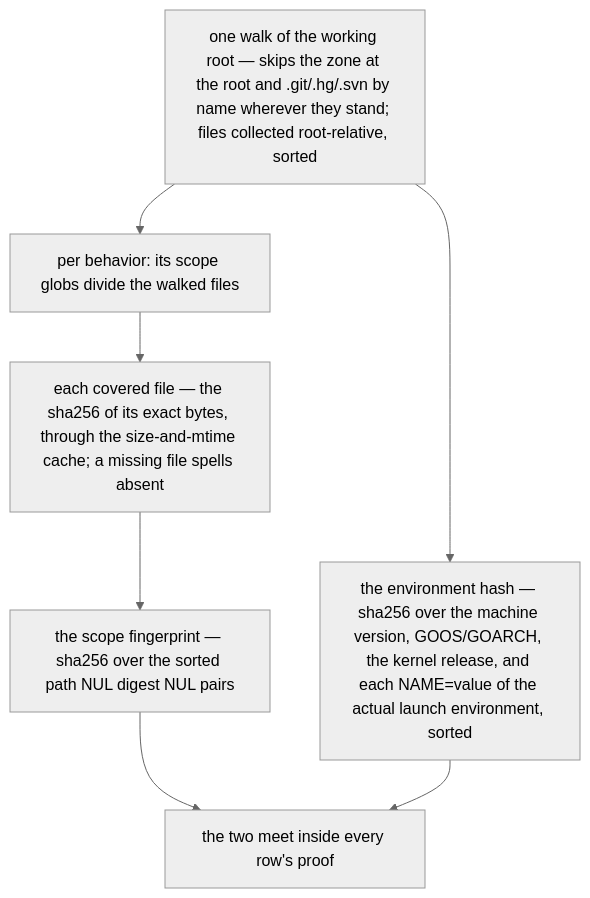
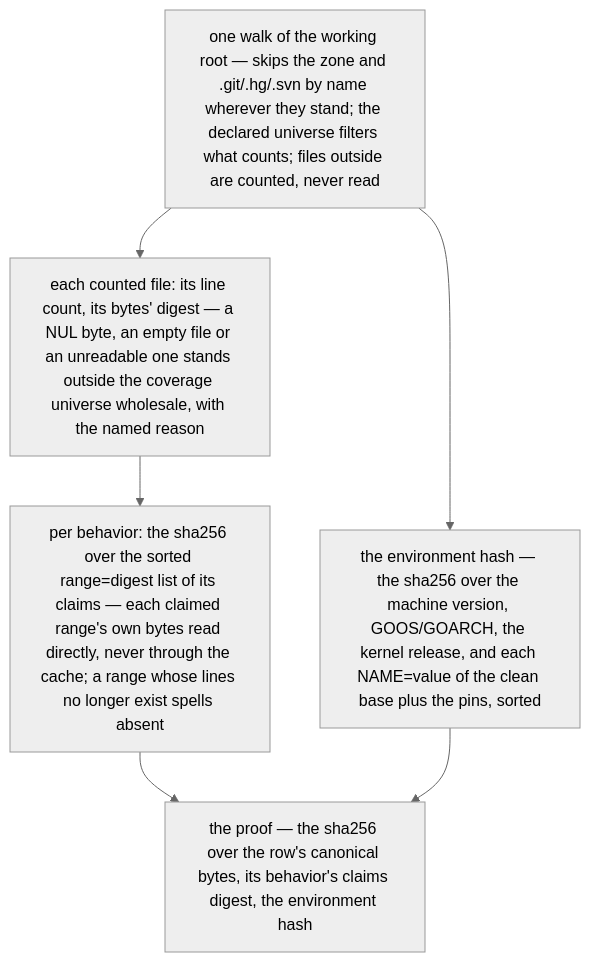
Before and after one commit to neurophant/punchtape: the fifth of 9 diagrams in docs/ARCHITECTURE.md, drawn with Mermaid (neutral theme). The commit also changed other lines of this file and 80 other files, not shown here.

````diff
--- a/docs/ARCHITECTURE.md
+++ b/docs/ARCHITECTURE.md
@@ -369,9 +528,8 @@
 ```mermaid
 flowchart TD
-    W["one walk of the working root — skips the zone at the root and .git/.hg/.svn by name wherever they stand; files collected root-relative, sorted"] --> SC["per behavior: its scope globs divide the walked files"]
-    SC --> FD["each covered file — the sha256 of its exact bytes, through the size-and-mtime cache; a missing file spells absent"]
-    FD --> SF["the scope fingerprint — sha256 over the sorted path NUL digest NUL pairs"]
-    W --> EH["the environment hash — sha256 over the machine version, GOOS/GOARCH, the kernel release, and each NAME=value of the actual launch environment, sorted"]
-    SF --> PR["the two meet inside every row's proof"]
+    W["one walk of the working root — skips the zone and .git/.hg/.svn by name wherever they stand; the declared universe filters what counts; files outside are counted, never read"] --> LC["each counted file: its line count, its bytes' digest — a NUL byte, an empty file or an unreadable one stands outside the coverage universe wholesale, with the named reason"]
+    LC --> CD["per behavior: the sha256 over the sorted range=digest list of its claims — each claimed range's own bytes read directly, never through the cache; a range whose lines no longer exist spells absent"]
+    W --> EH["the environment hash — the sha256 over the machine version, GOOS/GOARCH, the kernel release, and each NAME=value of the clean base plus the pins, sorted"]
+    CD --> PR["the proof — the sha256 over the row's canonical bytes, its behavior's claims digest, the environment hash"]
     EH --> PR
 ```
````
